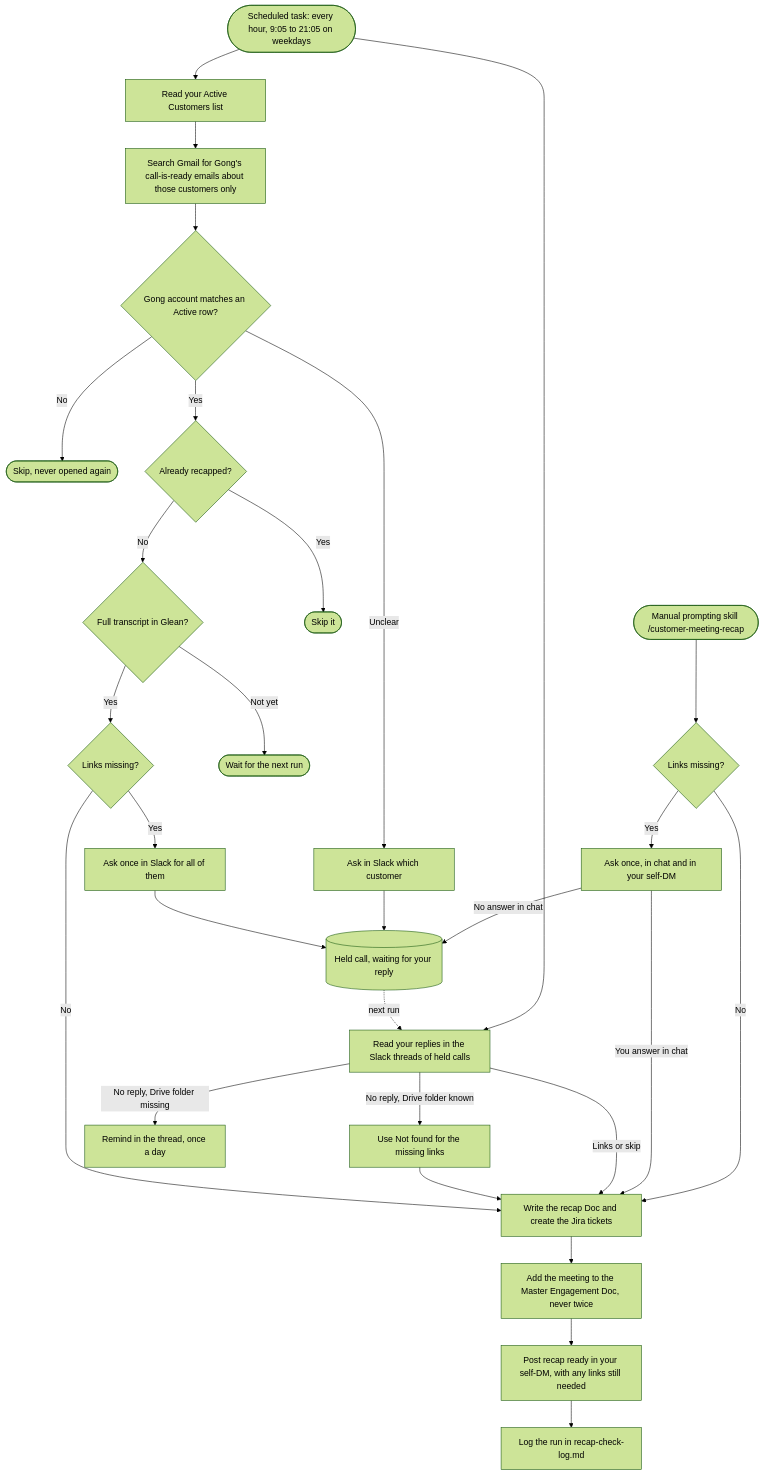
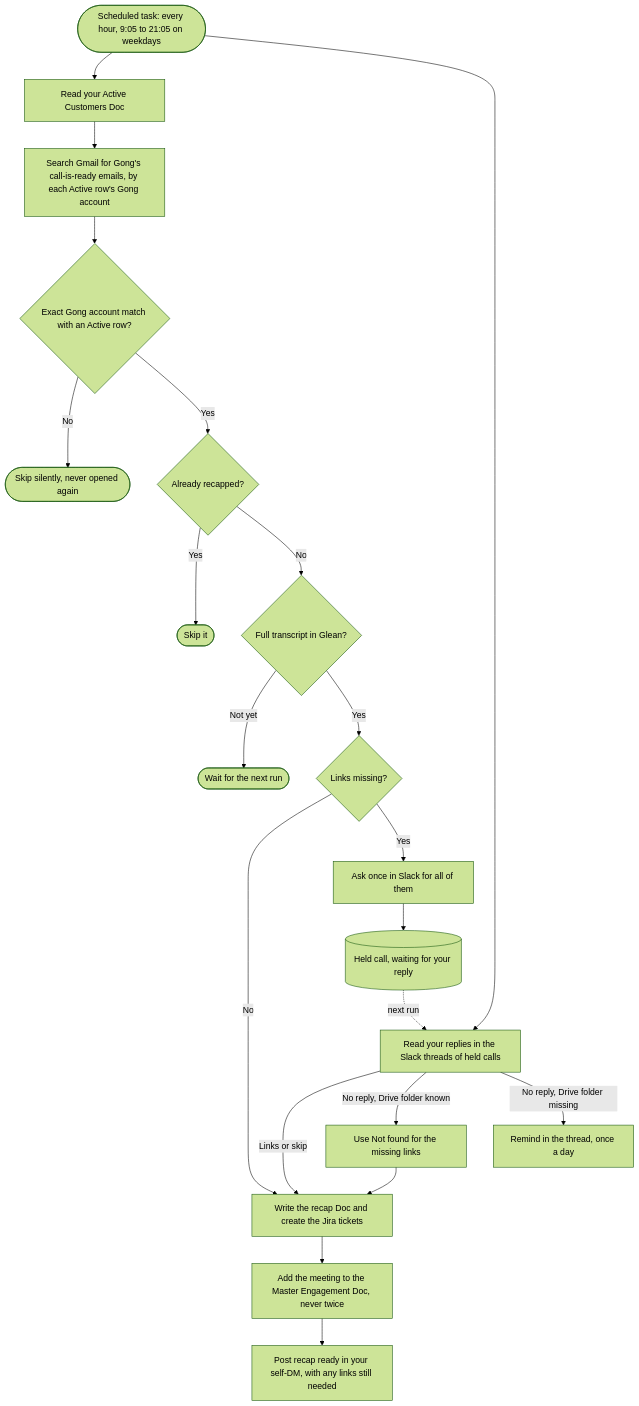
Before and after one commit to maya-sandler/ai-sa-skills: the diagram in README.md, drawn with Mermaid (forest theme). The commit also changed other lines of this file and 1 other file, not shown here.

Commit message:
Recap check: skip emails without an exact Gong account match; flowchart without the manual path, notes on logging and dry-run mode

````diff
--- a/README.md
+++ b/README.md
@@ -170,28 +174,21 @@
 ```mermaid
 flowchart TD
-    T([Scheduled task: every hour, 9:05 to 21:05 on weekdays]) --> AC[Read your Active Customers list]
+    T([Scheduled task: every hour, 9:05 to 21:05 on weekdays]) --> AC[Read your Active Customers Doc]
     T --> A[Read your replies in the Slack threads of held calls]
-    M([Manual prompting skill /customer-meeting-recap]) --> MA{Links missing?}
-    MA -- No --> R
-    MA -- Yes --> MQ[Ask once, in chat and in your self-DM]
-    MQ -- You answer in chat --> R
-    MQ -- No answer in chat --> H
     A -- Links or skip --> R
     A -- No reply, Drive folder known --> NF[Use Not found for the missing links] --> R
     A -- No reply, Drive folder missing --> RM[Remind in the thread, once a day]
-    AC --> E[Search Gmail for Gong's call-is-ready emails about those customers only]
-    E --> C{Gong account matches an Active row?}
-    C -- No --> X([Skip, never opened again])
-    C -- Unclear --> Q1[Ask in Slack which customer] --> H
+    AC --> E[Search Gmail for Gong's call-is-ready emails, by each Active row's Gong account]
+    E --> C{Exact Gong account match with an Active row?}
+    C -- No --> X([Skip silently, never opened again])
     C -- Yes --> D{Already recapped?}
     D -- Yes --> X2([Skip it])
     D -- No --> TR{Full transcript in Glean?}
     TR -- Not yet --> W([Wait for the next run])
     TR -- Yes --> L{Links missing?}
     L -- No --> R
     L -- Yes --> Q2[Ask once in Slack for all of them] --> H[(Held call, waiting for your reply)]
     H -. next run .-> A
     R[Write the recap Doc and create the Jira tickets] --> SN[Add the meeting to the Master Engagement Doc, never twice]
     SN --> P[Post recap ready in your self-DM, with any links still needed]
-    P --> LG[Log the run in recap-check-log.md]
 ```
````
